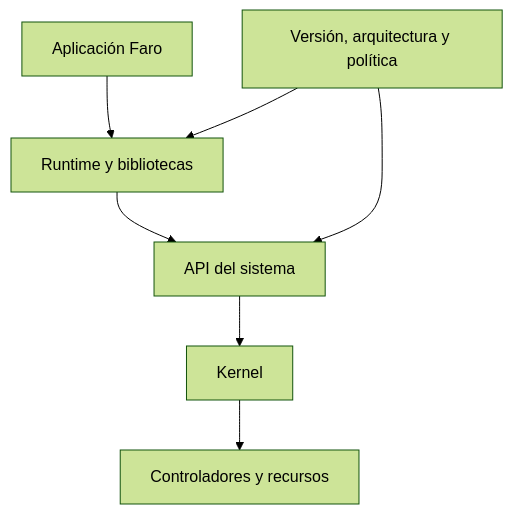
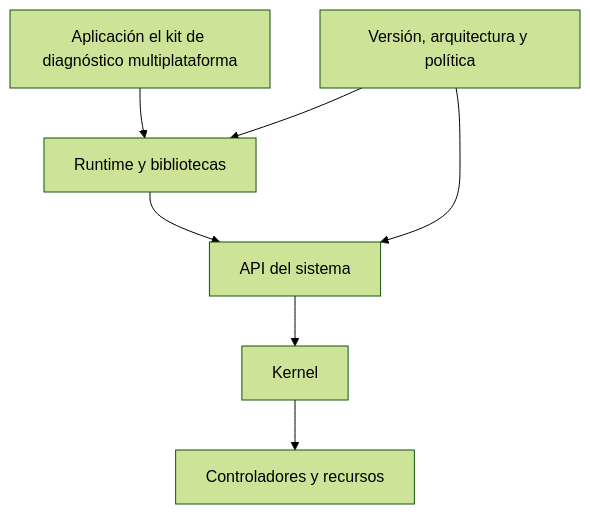
Before and after one commit to vladimiracunadev-create/modern-software-engineering-program: the first of 2 diagrams in content/part-02/SE-025.md, drawn with Mermaid (forest theme). The commit also changed other lines of this file and 13 other files, not shown here.

````diff
--- a/content/part-02/SE-025.md
+++ b/content/part-02/SE-025.md
@@ -63,9 +63,9 @@
 ```mermaid
 flowchart TD
- A[Aplicación Faro] --> B[Runtime y bibliotecas]
+ A[Aplicación el kit de diagnóstico multiplataforma] --> B[Runtime y bibliotecas]
  B --> C[API del sistema]
  C --> D[Kernel]
  D --> E[Controladores y recursos]
  P[Versión, arquitectura y política] --> B
  P --> C
 ```
````
